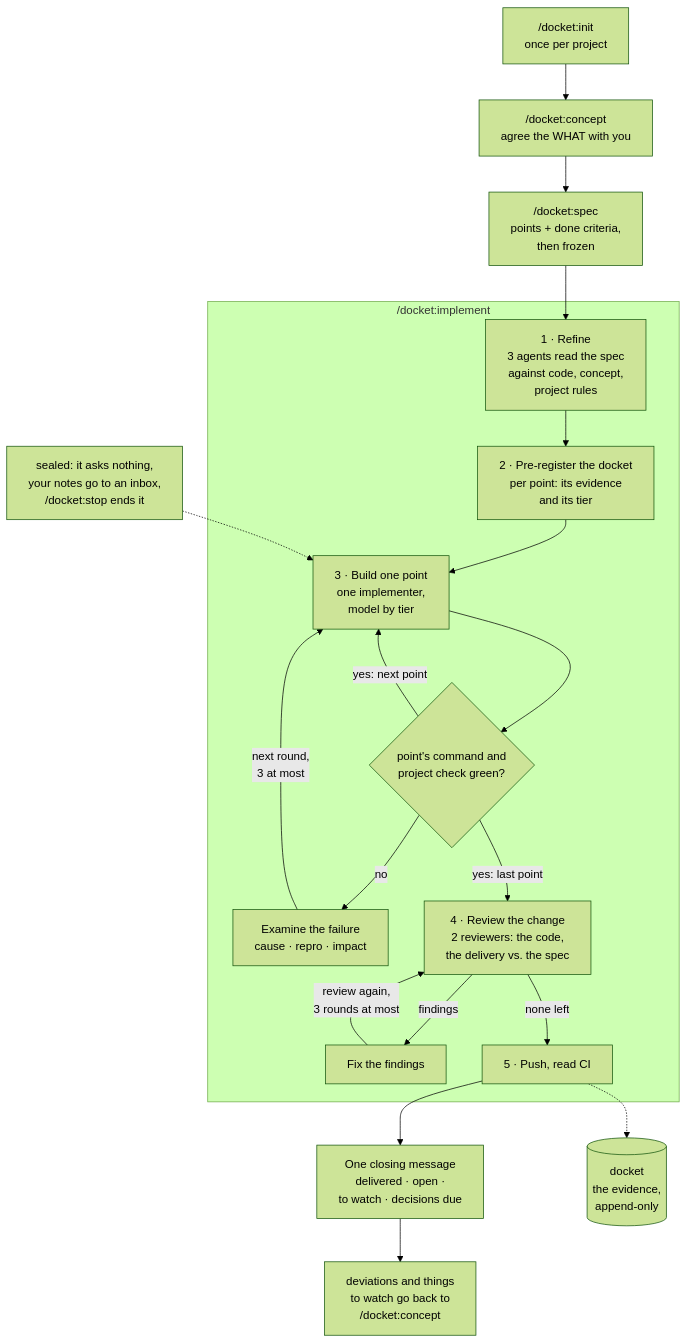
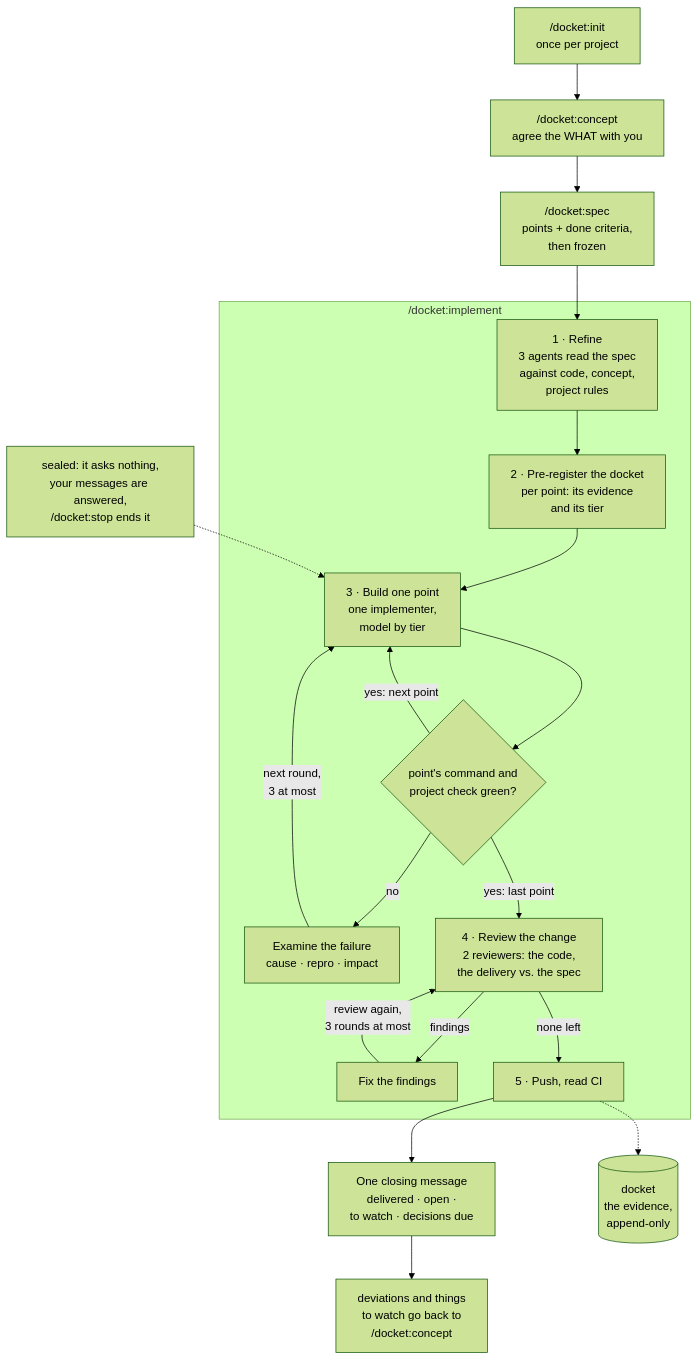
Before and after one commit to hwein/docket: the diagram in README.md, drawn with Mermaid (forest theme). The commit also changed other lines of this file and 9 other files, not shown here.

Commit message:
docket 0.5.4: no prompt of the user is refused; a message in a run is answered on the screen and takes a stopped run up again; a command that cannot start says why and what to do

````diff
--- a/README.md
+++ b/README.md
@@ -64,32 +65,32 @@
 ```mermaid
 flowchart TD
     init["/docket:init<br/>once per project"]
     concept["/docket:concept<br/>agree the WHAT with you"]
     spec["/docket:spec<br/>points + done criteria,<br/>then frozen"]
     init --> concept --> spec --> refine
 
     subgraph run ["/docket:implement"]
         refine["1 · Refine<br/>3 agents read the spec<br/>against code, concept,<br/>project rules"]
         register["2 · Pre-register the docket<br/>per point: its evidence<br/>and its tier"]
         build["3 · Build one point<br/>one implementer,<br/>model by tier"]
         gate{"point's command and<br/>project check green?"}
         triage["Examine the failure<br/>cause · repro · impact"]
         review["4 · Review the change<br/>2 reviewers: the code,<br/>the delivery vs. the spec"]
         fix["Fix the findings"]
         push["5 · Push, read CI"]
 
         refine --> register --> build --> gate
         gate -- "no" --> triage
         triage -- "next round,<br/>3 at most" --> build
         gate -- "yes: next point" --> build
         gate -- "yes: last point" --> review
         review -- "findings" --> fix
         fix -- "review again,<br/>3 rounds at most" --> review
         review -- "none left" --> push
     end
 
     push --> close["One closing message<br/>delivered · open ·<br/>to watch · decisions due"]
     push -.-> docket[("docket<br/>the evidence,<br/>append-only")]
     close --> back["deviations and things<br/>to watch go back to<br/>/docket:concept"]
-    inbox["sealed: it asks nothing,<br/>your notes go to an inbox,<br/>/docket:stop ends it"] -.-> build
+    inbox["sealed: it asks nothing,<br/>your messages are answered,<br/>/docket:stop ends it"] -.-> build
 ```
````
